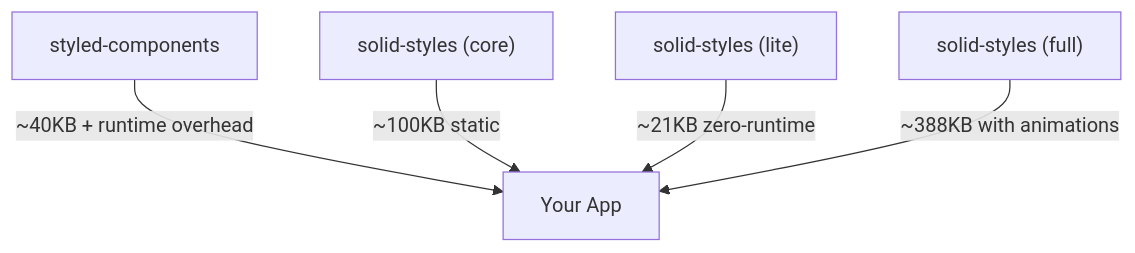
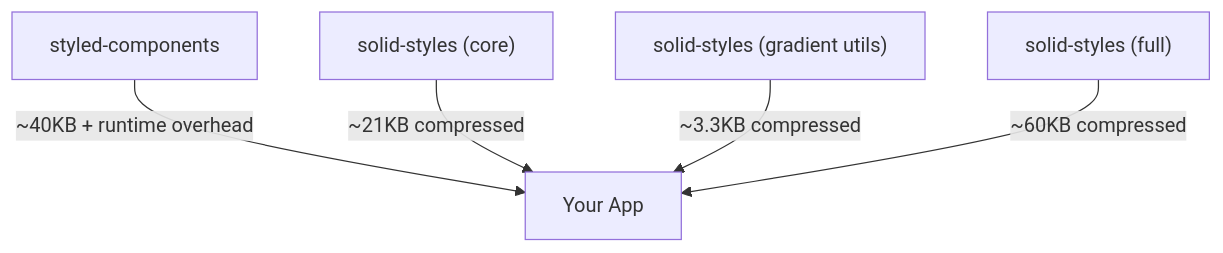
One commit to kevinseabourne/solid-styles changed the first of 3 diagrams in README.md. Above: the diagram before and after it, drawn with Mermaid. The commit also changed other lines of this file and 166 other files, not shown here.

````diff
--- a/README.md
+++ b/README.md
@@ -1345,7 +1436,7 @@
 ```mermaid
 graph TD
   A["styled-components"] -->|"~40KB + runtime overhead"| D["Your App"]
-  B["solid-styles (core)"] -->|"~100KB static"| D
-  C["solid-styles (lite)"] -->|"~21KB zero-runtime"| D
-  E["solid-styles (full)"] -->|"~388KB with animations"| D
+  B["solid-styles (core)"] -->|"~21KB compressed"| D
+  C["solid-styles (gradient utils)"] -->|"~3.3KB compressed"| D
+  E["solid-styles (full)"] -->|"~60KB compressed"| D
 ```
````
